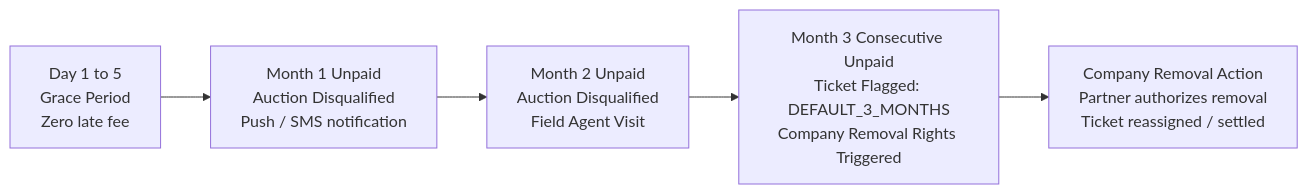
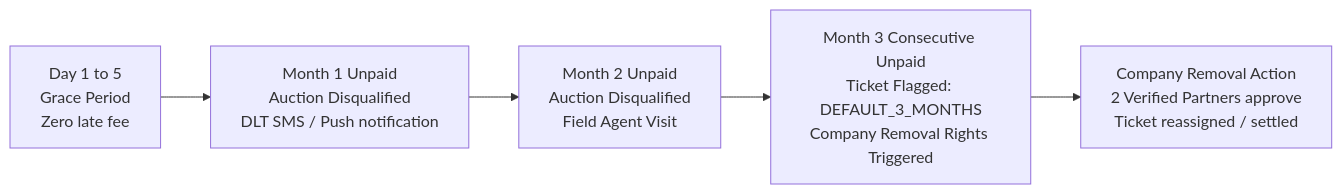
Before and after one commit to Kathir-24/Kumaran-finance: the second of 2 diagrams in docs/07-operations/operations-sop.md, drawn with Mermaid. The commit also changed other lines of this file and 4 other files, not shown here.

````diff
--- a/docs/07-operations/operations-sop.md
+++ b/docs/07-operations/operations-sop.md
@@ -88,7 +88,7 @@
 ```mermaid
 flowchart LR
-    D1["Day 1 to 5\nGrace Period\nZero late fee"] --> D2["Month 1 Unpaid\nAuction Disqualified\nPush / SMS notification"]
+    D1["Day 1 to 5\nGrace Period\nZero late fee"] --> D2["Month 1 Unpaid\nAuction Disqualified\nDLT SMS / Push notification"]
     D2 --> D3["Month 2 Unpaid\nAuction Disqualified\nField Agent Visit"]
     D3 --> D4["Month 3 Consecutive Unpaid\nTicket Flagged: DEFAULT_3_MONTHS\nCompany Removal Rights Triggered"]
-    D4 --> D5["Company Removal Action\nPartner authorizes removal\nTicket reassigned / settled"]
+    D4 --> D5["Company Removal Action\n2 Verified Partners approve\nTicket reassigned / settled"]
 ```
````
